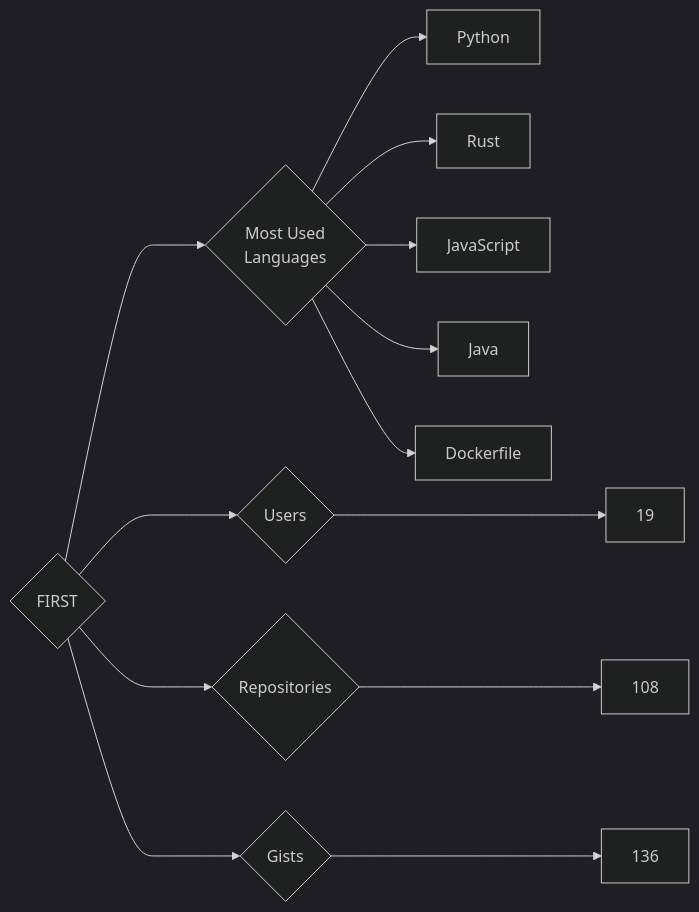
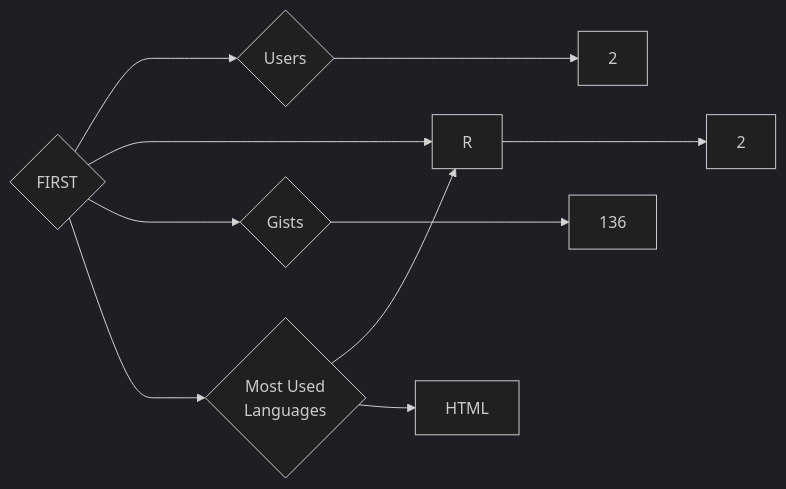
One commit to trickest/insiders changed the diagram in targets/FIRST/README.md. Above: the diagram before and after it, drawn with Mermaid (dark theme). The commit also changed 545 other files, not shown here.

````diff
--- a/targets/FIRST/README.md
+++ b/targets/FIRST/README.md
@@ -3,13 +3,10 @@
 ```mermaid
 graph LR
 COMPANY_NAME{FIRST}
-COMPANY_NAME ---> U{Users} ---> UN[19]
-COMPANY_NAME ---> R{Repositories} ---> RN[108]
+COMPANY_NAME ---> U{Users} ---> UN[2]
+COMPANY_NAME ---> R{Repositories} ---> RN[2]
 COMPANY_NAME ---> G{Gists} ---> GN[136]
 COMPANY_NAME ---> ML{Most Used<br>Languages}
-ML --> Python[Python]
-ML --> Rust[Rust]
-ML --> JavaScript[JavaScript]
-ML --> Java[Java]
-ML --> Dockerfile[Dockerfile]
+ML --> R[R]
+ML --> HTML[HTML]
 ```
````
